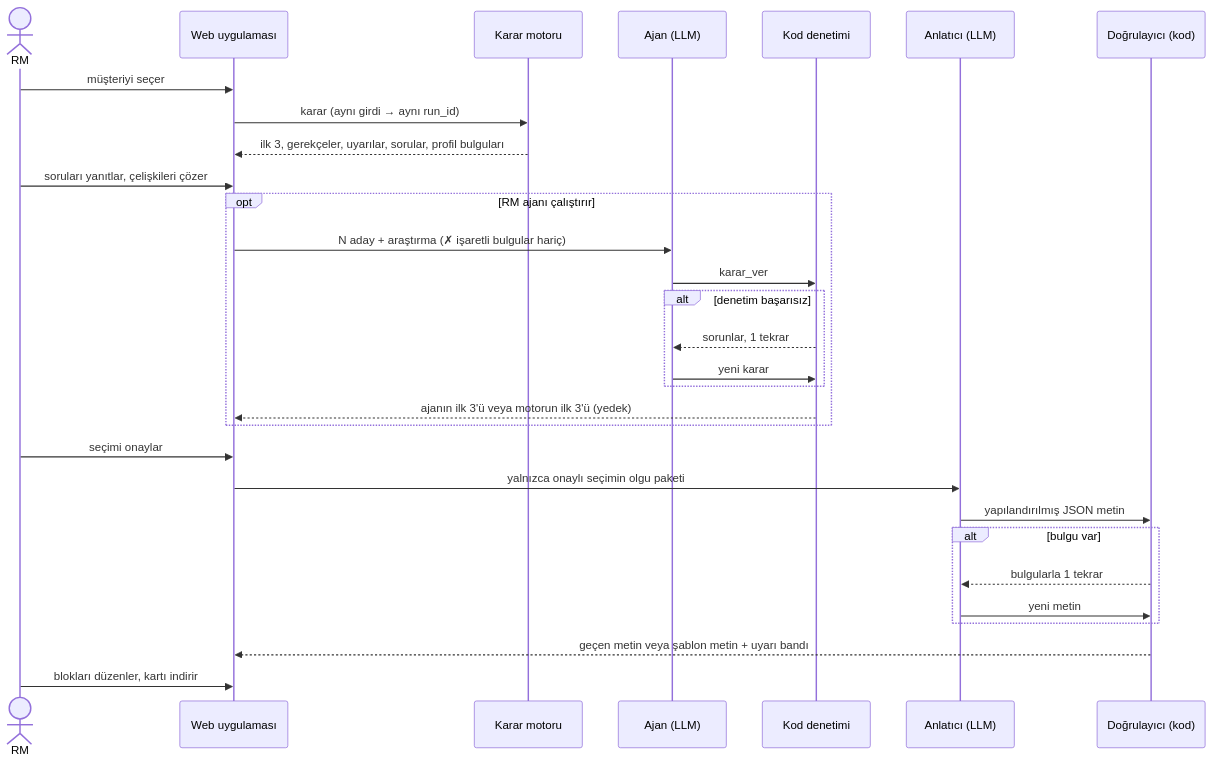
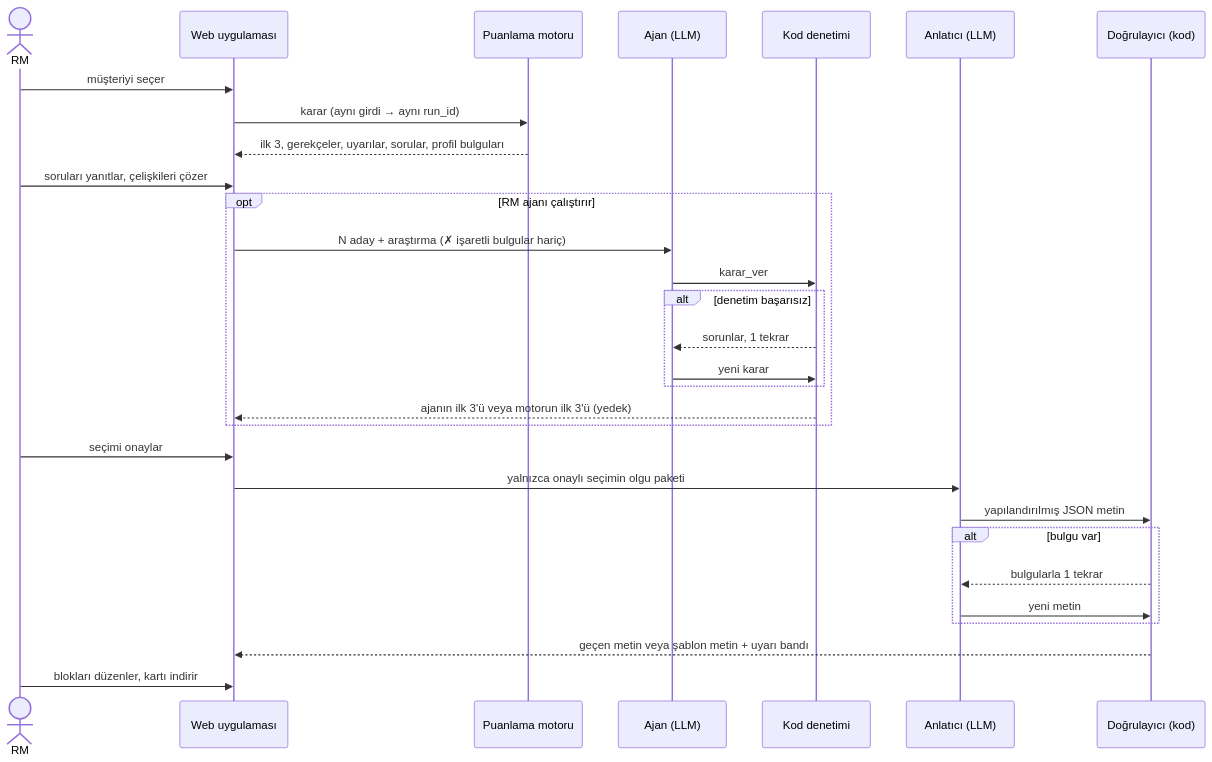
Before and after one commit to ArdahanDogru/ing-hackathon-rm-prep: the fourth of 6 diagrams in README.md, drawn with Mermaid. The commit also changed other lines of this file, not shown here.

Commit message:
README: section 0 (quick start, how to read); engine chart with inputs and outputs, colors for code / AI / RM; sections 2-8 rewritten in the voice of the opening

````diff
--- a/README.md
+++ b/README.md
@@ -319,32 +354,32 @@
 ```mermaid
 sequenceDiagram
     actor RM
     participant UI as Web uygulaması
-    participant E as Karar motoru
+    participant E as Puanlama motoru
     participant A as Ajan (LLM)
     participant C as Kod denetimi
     participant N as Anlatıcı (LLM)
     participant V as Doğrulayıcı (kod)
     RM->>UI: müşteriyi seçer
     UI->>E: karar (aynı girdi → aynı run_id)
     E-->>UI: ilk 3, gerekçeler, uyarılar, sorular, profil bulguları
     RM->>UI: soruları yanıtlar, çelişkileri çözer
     opt RM ajanı çalıştırır
         UI->>A: N aday + araştırma (✗ işaretli bulgular hariç)
         A->>C: karar_ver
         alt denetim başarısız
             C-->>A: sorunlar, 1 tekrar
             A->>C: yeni karar
         end
         C-->>UI: ajanın ilk 3'ü veya motorun ilk 3'ü (yedek)
     end
     RM->>UI: seçimi onaylar
     UI->>N: yalnızca onaylı seçimin olgu paketi
     N->>V: yapılandırılmış JSON metin
     alt bulgu var
         V-->>N: bulgularla 1 tekrar
         N->>V: yeni metin
     end
     V-->>UI: geçen metin veya şablon metin + uyarı bandı
     RM->>UI: blokları düzenler, kartı indirir
 ```
````
